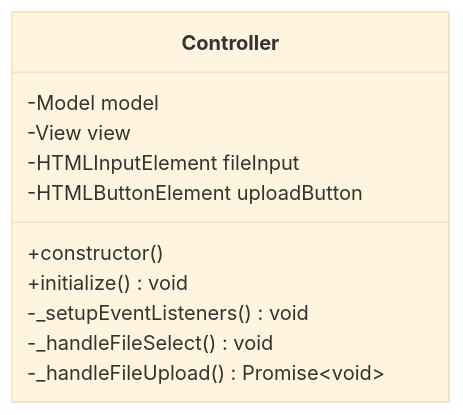
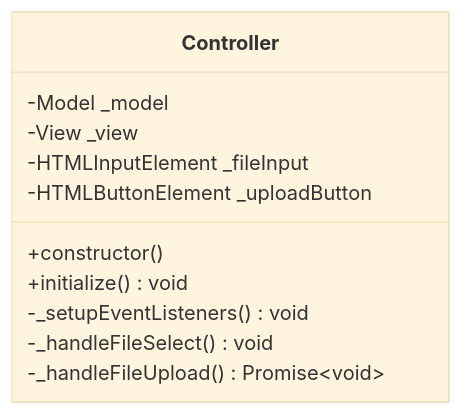
Before and after one commit to ahmetcankaratas/transformer: the second of 4 diagrams in HW1/JavaScript/README.md, drawn with Mermaid (base theme). The commit also changed other lines of this file and 3 other files, not shown here.

````diff
--- a/HW1/JavaScript/README.md
+++ b/HW1/JavaScript/README.md
@@ -83,14 +86,14 @@
 ```mermaid
 classDiagram
     class Controller {
-        -Model model
-        -View view
-        -HTMLInputElement fileInput
-        -HTMLButtonElement uploadButton
+        -Model _model
+        -View _view
+        -HTMLInputElement _fileInput
+        -HTMLButtonElement _uploadButton
         +constructor()
         +initialize() void
         -_setupEventListeners() void
         -_handleFileSelect() void
         -_handleFileUpload() Promise~void~
     }
 ```
````
